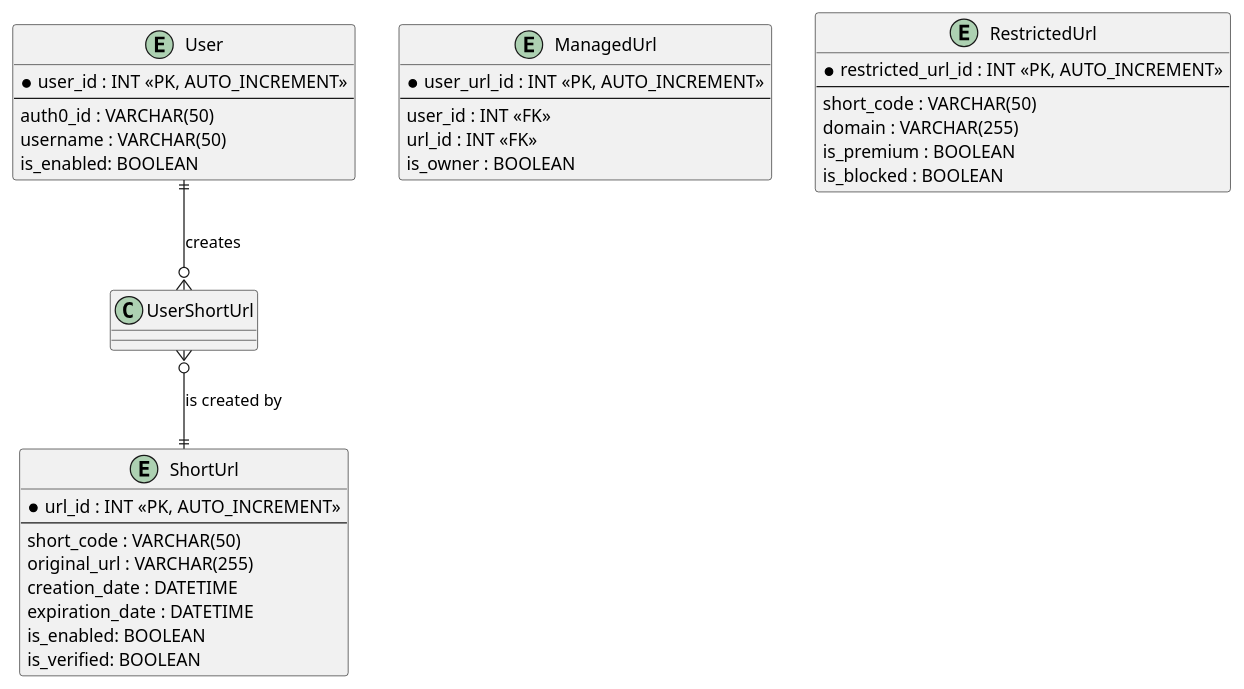
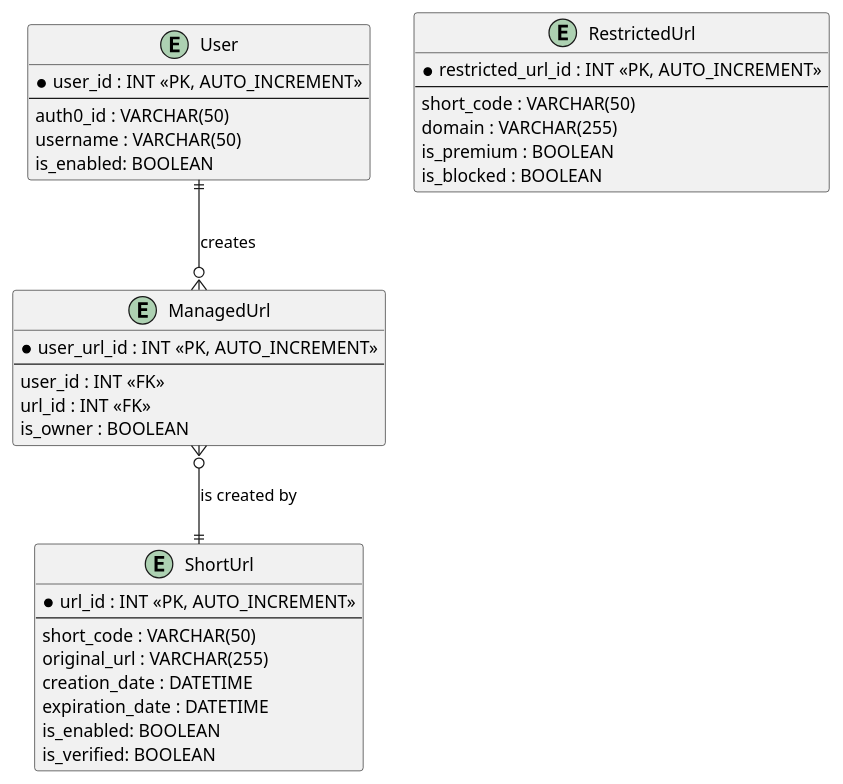
The diagram in resources/artifacts/sql_schema.plantuml (Cloud-native-engineering/sem03_docs), drawn with PlantUML before and after one commit.

Commit message:
fixed db-schema

```diff
--- a/resources/artifacts/sql_schema.plantuml
+++ b/resources/artifacts/sql_schema.plantuml
@@ -1,42 +1,42 @@
 @startuml
 
 entity User {
     * user_id : INT <<PK, AUTO_INCREMENT>>
     --
     auth0_id : VARCHAR(50)
     username : VARCHAR(50)
     is_enabled: BOOLEAN
 }
 
 entity ShortUrl {
     * url_id : INT <<PK, AUTO_INCREMENT>>
     --
     short_code : VARCHAR(50)
     original_url : VARCHAR(255)
     creation_date : DATETIME
     expiration_date : DATETIME
     is_enabled: BOOLEAN
     is_verified: BOOLEAN
 }
 
 entity ManagedUrl {
     * user_url_id : INT <<PK, AUTO_INCREMENT>>
     --
     user_id : INT <<FK>>
     url_id : INT <<FK>>
     is_owner : BOOLEAN
 }
 
 entity RestrictedUrl {
     * restricted_url_id : INT <<PK, AUTO_INCREMENT>>
     --
     short_code : VARCHAR(50)
     domain : VARCHAR(255)
     is_premium : BOOLEAN
     is_blocked : BOOLEAN
 }
 
-User ||--o{ UserShortUrl : creates
-UserShortUrl }o--|| ShortUrl : is created by
+User ||--o{ ManagedUrl : creates
+ManagedUrl }o--|| ShortUrl : is created by
 
 @enduml
```
